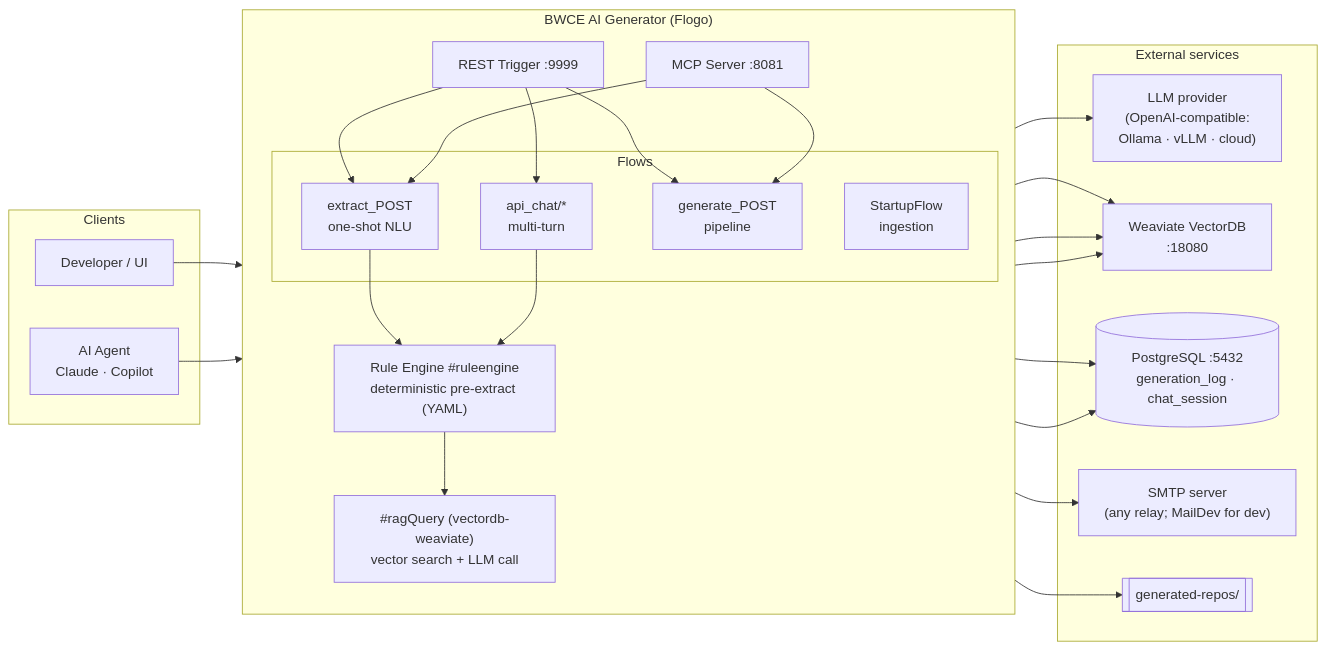
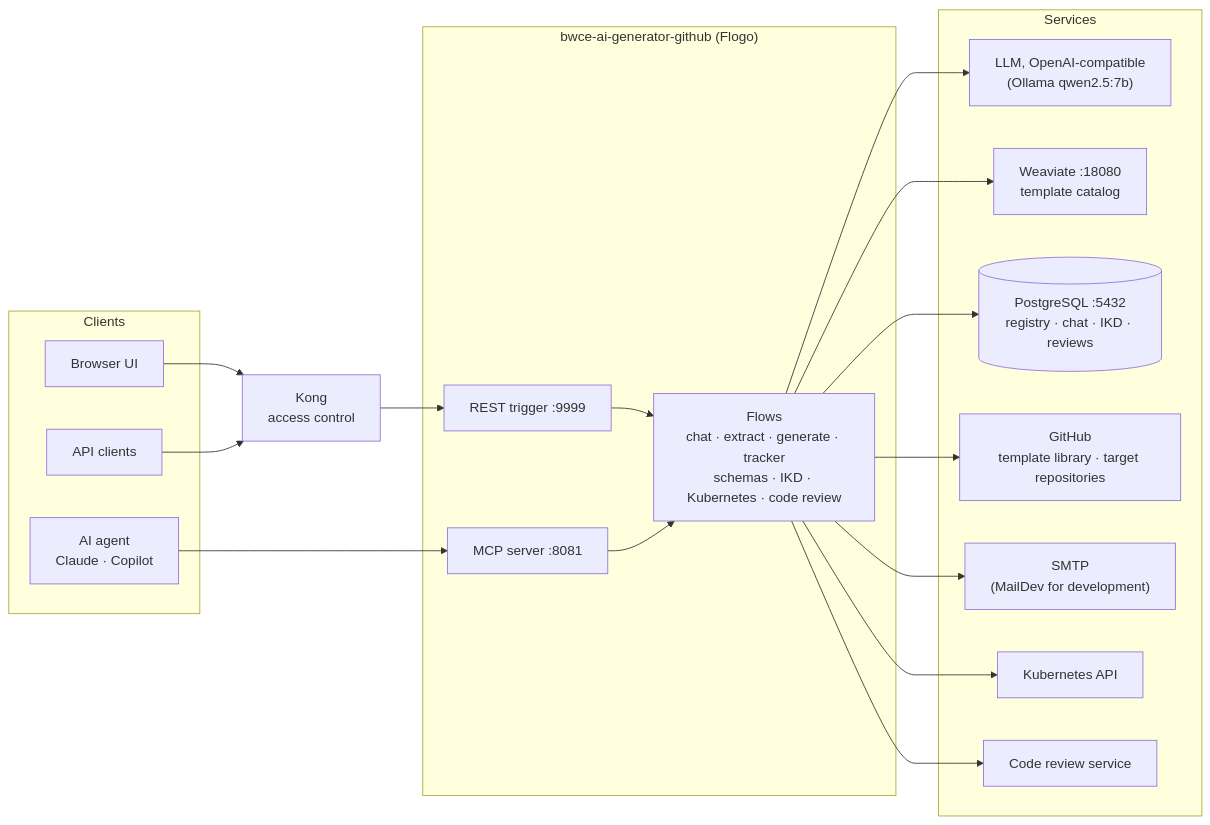
One commit to mpandav-tibco/ai-template-generator changed the first of 2 diagrams in README.md. Above: the diagram before and after it, drawn with Mermaid. The commit also changed other lines of this file and 16 other files, not shown here.

First line of the commit message:
chore: focus the repository on the GitHub Flogo app; README rewritten

````diff
--- a/README.md
+++ b/README.md
@@ -24,43 +34,27 @@
 ```mermaid
 flowchart LR
     subgraph Clients
-        U[Developer / UI]
-        AG[AI Agent<br/>Claude · Copilot]
+        UI[Browser UI]
+        CL[API clients]
+        AG[AI agent<br/>Claude · Copilot]
     end
-
-    subgraph App["BWCE AI Generator (Flogo)"]
-        direction TB
-        REST["REST Trigger :9999"]
-        MCP["MCP Server :8081"]
-        subgraph Flows
-            EX["extract_POST<br/>one-shot NLU"]
-            CHAT["api_chat/*<br/>multi-turn"]
-            GEN["generate_POST<br/>pipeline"]
-            START["StartupFlow<br/>ingestion"]
-        end
-        RULES["Rule Engine #ruleengine<br/>deterministic pre-extract (YAML)"]
-        RAG["#ragQuery (vectordb-weaviate)<br/>vector search + LLM call"]
+    KONG[Kong<br/>access control]
+    subgraph App["bwce-ai-generator-github (Flogo)"]
+        REST["REST trigger :9999"]
+        MCP["MCP server :8081"]
+        FLOWS["Flows<br/>chat · extract · generate · tracker<br/>schemas · IKD · Kubernetes · code review"]
     end
-
-    subgraph Deps["External services"]
-        LLM["LLM provider<br/>(OpenAI-compatible:<br/>Ollama · vLLM · cloud)"]
-        WV["Weaviate VectorDB<br/>:18080"]
-        PG[("PostgreSQL :5432<br/>generation_log · chat_session")]
-        SMTP["SMTP server<br/>(any relay; MailDev for dev)"]
-        FS[["generated-repos/"]]
+    subgraph Services
+        LLM["LLM, OpenAI-compatible<br/>(Ollama qwen2.5:7b)"]
+        WV["Weaviate :18080<br/>template catalog"]
+        PG[("PostgreSQL :5432<br/>registry · chat · IKD · reviews")]
+        GH["GitHub<br/>template library · target repositories"]
+        SMTP["SMTP<br/>(MailDev for development)"]
+        K8S["Kubernetes API"]
+        CR["Code review service"]
     end
-
-    U --> REST
+    UI & CL --> KONG --> REST
     AG --> MCP
-    REST --> EX & CHAT & GEN
-    MCP --> EX & GEN
-    EX & CHAT --> RULES --> RAG
-    RAG --> WV
-    RAG --> LLM
-    CHAT --> PG
-    START --> WV
-    GEN --> WV
-    GEN --> PG
-    GEN --> FS
-    GEN --> SMTP
+    REST & MCP --> FLOWS
+    FLOWS --> LLM & WV & PG & GH & SMTP & K8S & CR
 ```
````
